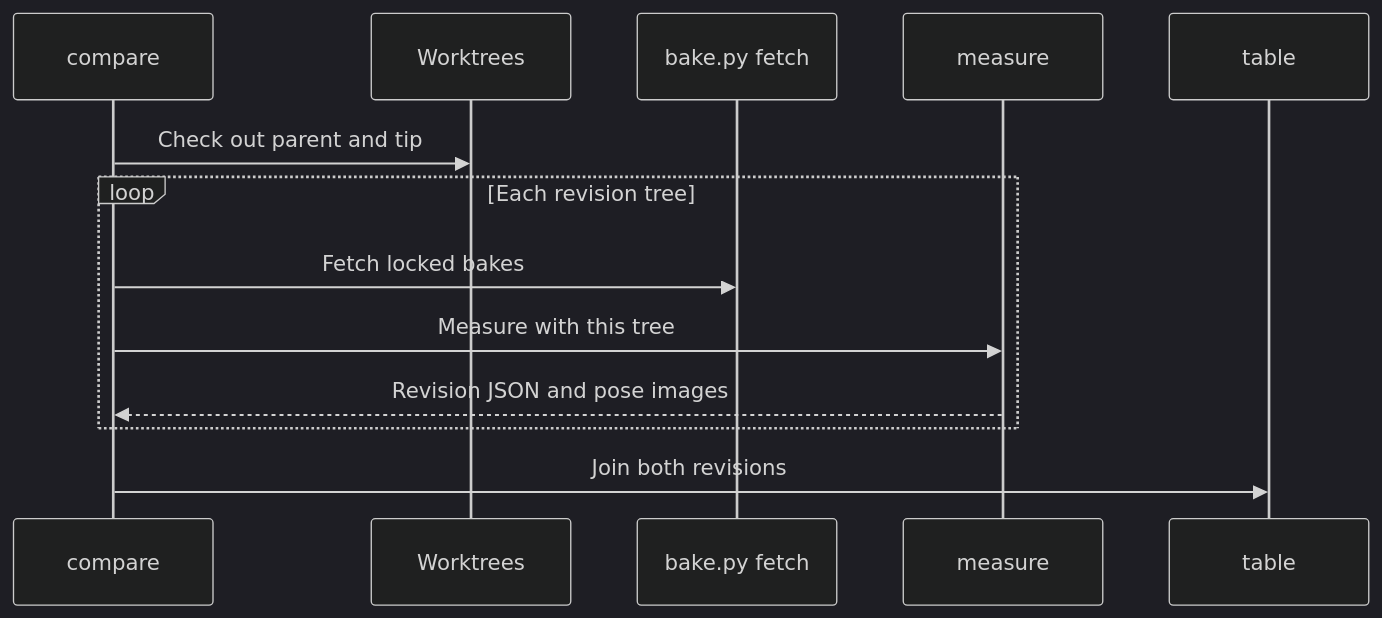
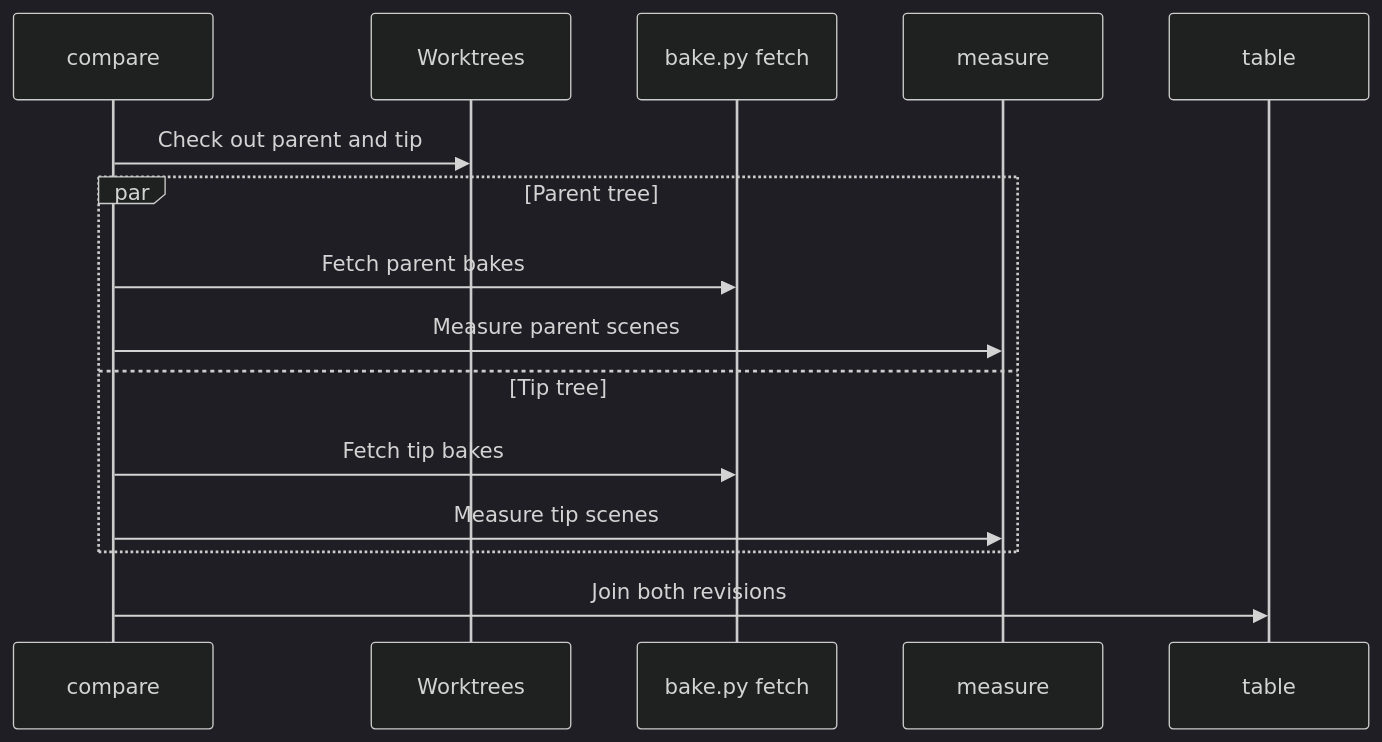
Before and after one commit to jose-villegas/autana: the diagram in docs/render/offline/Track-Scorecard.md, drawn with Mermaid (dark theme). The commit also changed other lines of this file and 10 other files, not shown here.

````diff
--- a/docs/render/offline/Track-Scorecard.md
+++ b/docs/render/offline/Track-Scorecard.md
@@ -13,15 +13,17 @@
 ```mermaid
 sequenceDiagram
     participant C as compare
     participant W as Worktrees
     participant B as bake.py fetch
     participant M as measure
     participant T as table
     C->>W: Check out parent and tip
-    loop Each revision tree
-        C->>B: Fetch locked bakes
-        C->>M: Measure with this tree
-        M-->>C: Revision JSON and pose images
+    par Parent tree
+        C->>B: Fetch parent bakes
+        C->>M: Measure parent scenes
+    and Tip tree
+        C->>B: Fetch tip bakes
+        C->>M: Measure tip scenes
     end
     C->>T: Join both revisions
 ```
````
